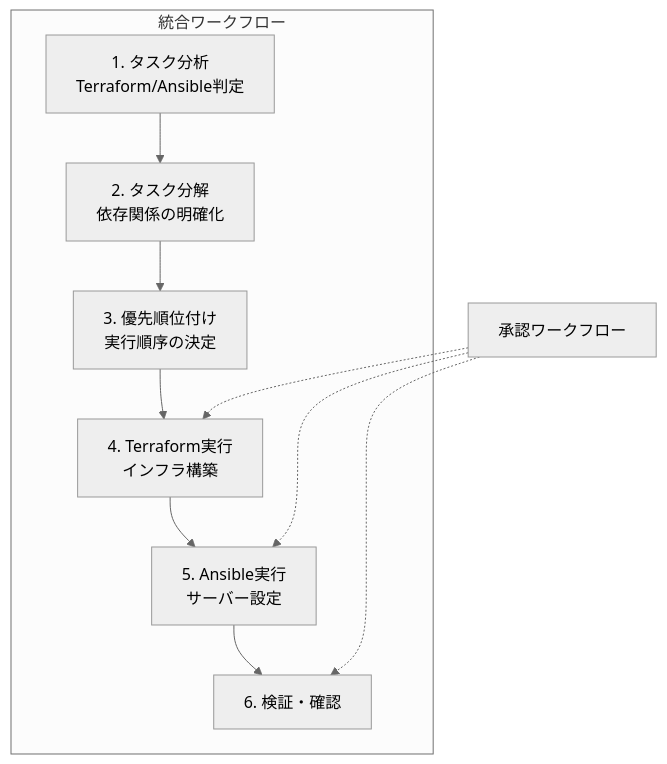
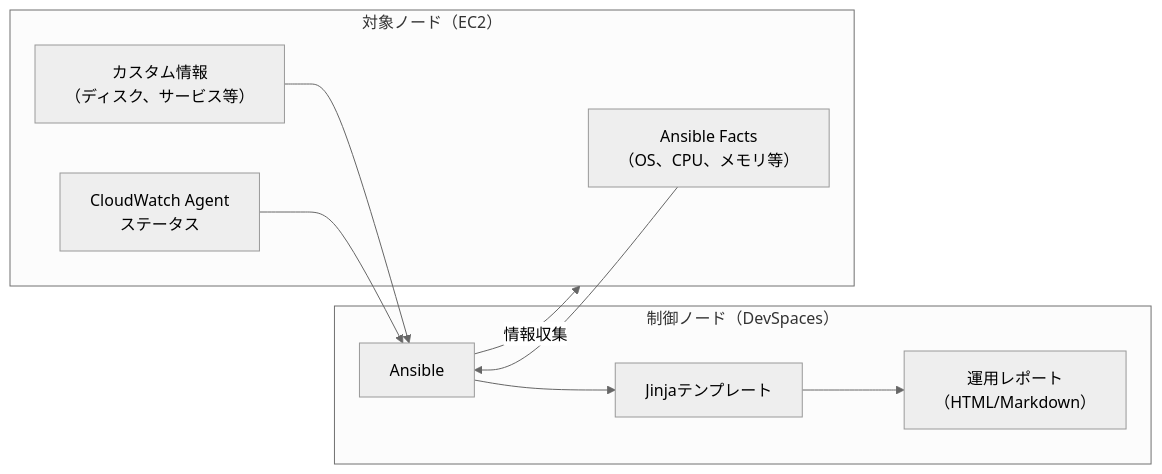
Before and after one commit to kifujii/ai_agentic_development: the diagram in docs/session_guides/session6_guide.md, drawn with Mermaid (neutral theme). The commit also changed other lines of this file and 41 other files, not shown here.

````diff
--- a/docs/session_guides/session6_guide.md
+++ b/docs/session_guides/session6_guide.md
@@ -23,21 +20,21 @@
 ```mermaid
-graph TB
-    subgraph Workflow["統合ワークフロー"]
-        Task1["1. タスク分析<br/>Terraform/Ansible判定"]
-        Task2["2. タスク分解<br/>依存関係の明確化"]
-        Task3["3. 優先順位付け<br/>実行順序の決定"]
-        Task4["4. Terraform実行<br/>インフラ構築"]
-        Task5["5. Ansible実行<br/>サーバー設定"]
-        Task6["6. 検証・確認"]
+graph LR
+    subgraph ControlNode["制御ノード（DevSpaces）"]
+        Ansible["Ansible"]
+        Template["Jinjaテンプレート"]
+        Report["運用レポート<br/>（HTML/Markdown）"]
     end
     
-    Task1 --> Task2
-    Task2 --> Task3
-    Task3 --> Task4
-    Task4 --> Task5
-    Task5 --> Task6
+    subgraph TargetNodes["対象ノード（EC2）"]
+        Facts["Ansible Facts<br/>（OS、CPU、メモリ等）"]
+        Custom["カスタム情報<br/>（ディスク、サービス等）"]
+        CWAgent["CloudWatch Agent<br/>ステータス"]
+    end
     
-    Approval["承認ワークフロー"] -.-> Task4
-    Approval -.-> Task5
-    Approval -.-> Task6
+    Ansible -->|"情報収集"| TargetNodes
+    Facts --> Ansible
+    Custom --> Ansible
+    CWAgent --> Ansible
+    Ansible --> Template
+    Template --> Report
 ```
````
